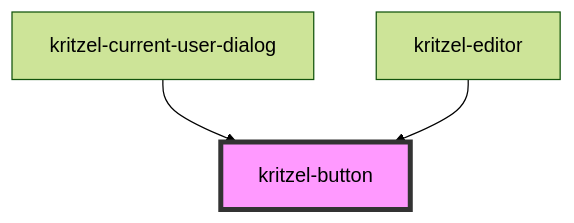
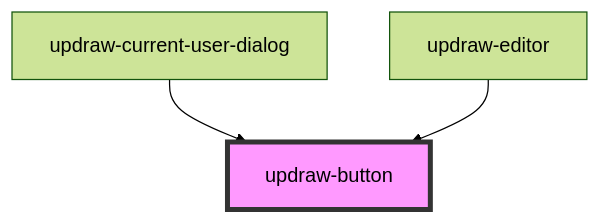
The diagram in libs/editor/core/src/components/updraw-button/readme.md (kasual1/kritzel), drawn with Mermaid (forest theme) before and after one commit. The commit also changed other lines of this file and 1129 other files, not shown here.

First line of the commit message:
Replace kritzel with updraw across the codebase

````diff
--- a/libs/editor/core/src/components/updraw-button/readme.md
+++ b/libs/editor/core/src/components/updraw-button/readme.md
@@ -39,6 +39,6 @@
 ```mermaid
 graph TD;
-  kritzel-current-user-dialog --> kritzel-button
-  kritzel-editor --> kritzel-button
-  style kritzel-button fill:#f9f,stroke:#333,stroke-width:4px
+  updraw-current-user-dialog --> updraw-button
+  updraw-editor --> updraw-button
+  style updraw-button fill:#f9f,stroke:#333,stroke-width:4px
 ```
````
